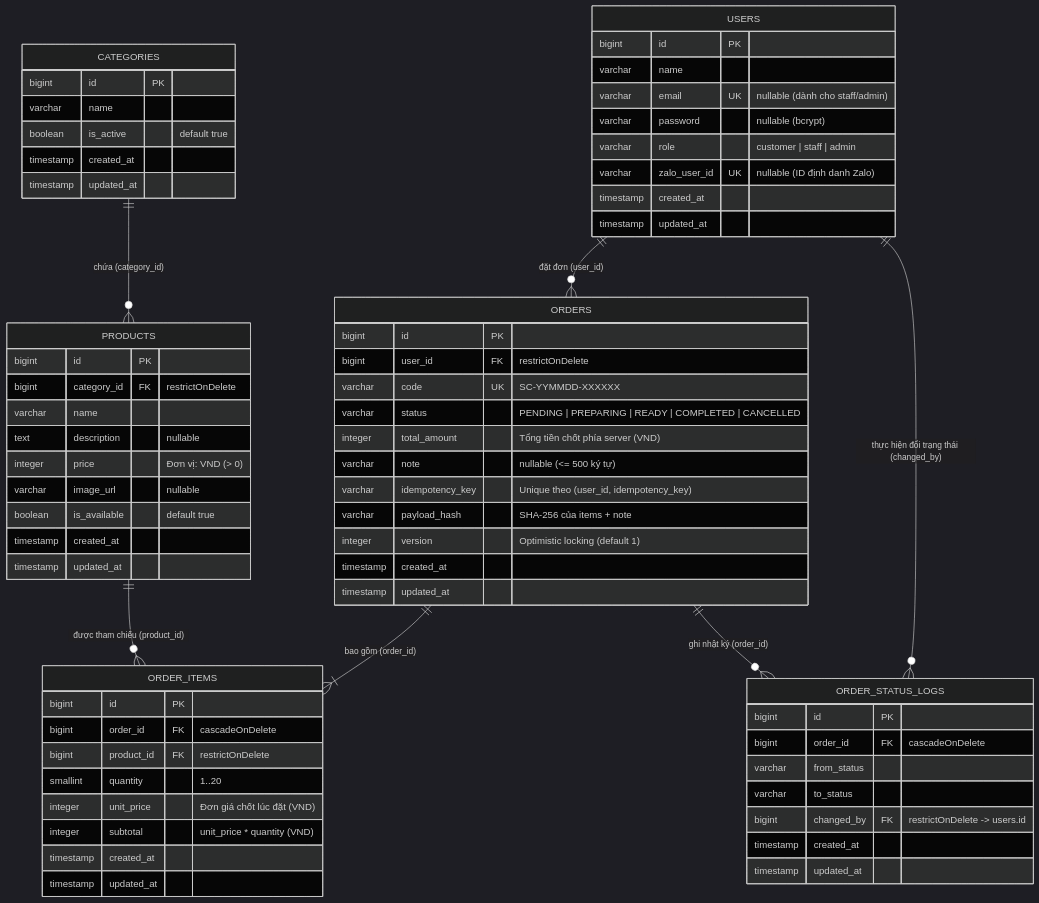
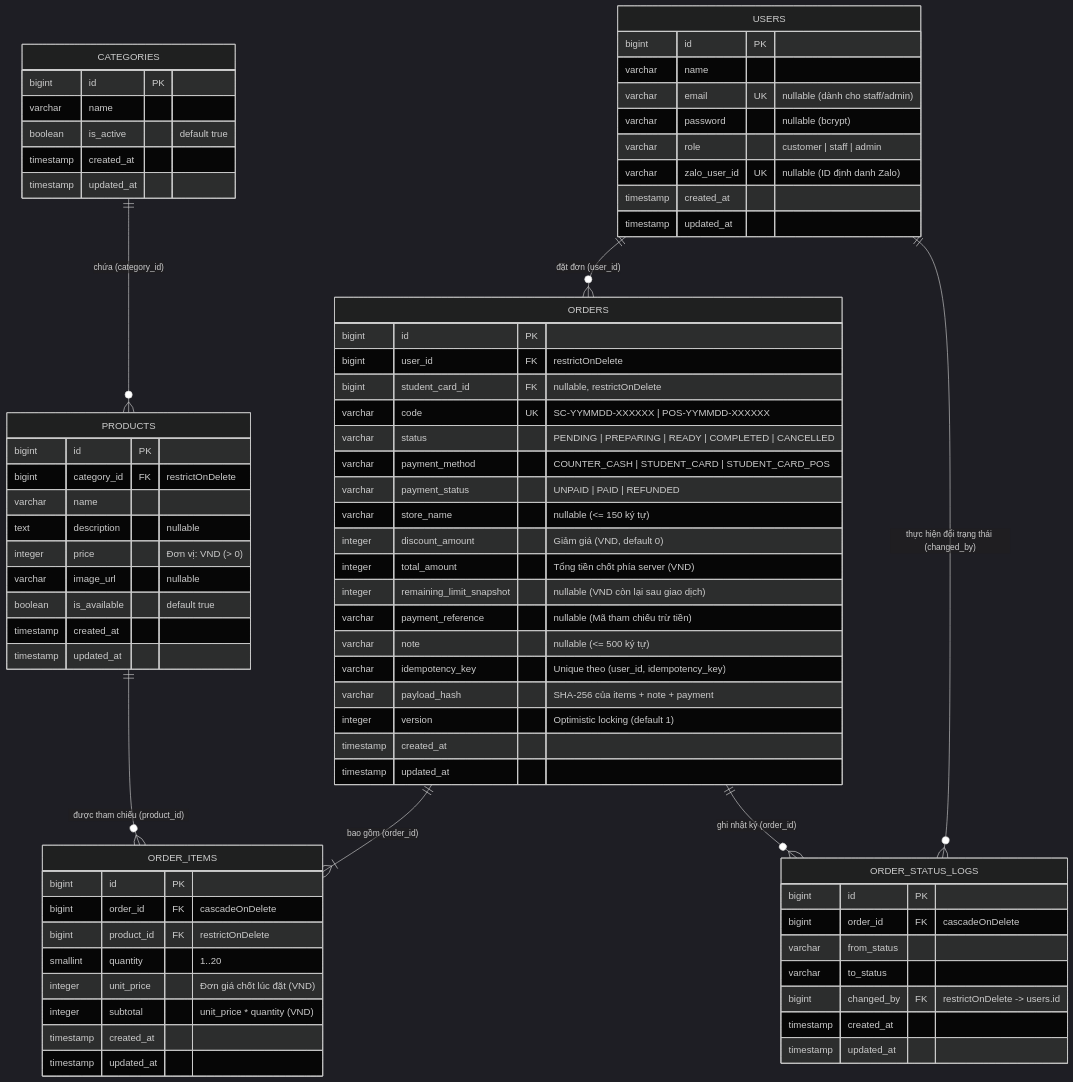
One commit to HoangKhang5207/SmartCanteen changed the diagram in docs/database.md. Above: the diagram before and after it, drawn with Mermaid (dark theme). The commit also changed other lines of this file and 4 other files, not shown here.

Commit message:
docs(canteen): add Slice D3 spec, plan, API contract, database ERD, and project state

````diff
--- a/docs/database.md
+++ b/docs/database.md
@@ -13,75 +13,82 @@
 ```mermaid
 erDiagram
     USERS ||--o{ ORDERS : "đặt đơn (user_id)"
     USERS ||--o{ ORDER_STATUS_LOGS : "thực hiện đổi trạng thái (changed_by)"
     CATEGORIES ||--o{ PRODUCTS : "chứa (category_id)"
     ORDERS ||--|{ ORDER_ITEMS : "bao gồm (order_id)"
     PRODUCTS ||--o{ ORDER_ITEMS : "được tham chiếu (product_id)"
     ORDERS ||--o{ ORDER_STATUS_LOGS : "ghi nhật ký (order_id)"
 
     USERS {
         bigint id PK
         varchar name
         varchar email UK "nullable (dành cho staff/admin)"
         varchar password "nullable (bcrypt)"
         varchar role "customer | staff | admin"
         varchar zalo_user_id UK "nullable (ID định danh Zalo)"
         timestamp created_at
         timestamp updated_at
     }
 
     CATEGORIES {
         bigint id PK
         varchar name
         boolean is_active "default true"
         timestamp created_at
         timestamp updated_at
     }
 
     PRODUCTS {
         bigint id PK
         bigint category_id FK "restrictOnDelete"
         varchar name
         text description "nullable"
         integer price "Đơn vị: VND (> 0)"
         varchar image_url "nullable"
         boolean is_available "default true"
         timestamp created_at
         timestamp updated_at
     }
 
     ORDERS {
         bigint id PK
         bigint user_id FK "restrictOnDelete"
-        varchar code UK "SC-YYMMDD-XXXXXX"
+        bigint student_card_id FK "nullable, restrictOnDelete"
+        varchar code UK "SC-YYMMDD-XXXXXX | POS-YYMMDD-XXXXXX"
         varchar status "PENDING | PREPARING | READY | COMPLETED | CANCELLED"
+        varchar payment_method "COUNTER_CASH | STUDENT_CARD | STUDENT_CARD_POS"
+        varchar payment_status "UNPAID | PAID | REFUNDED"
+        varchar store_name "nullable (<= 150 ký tự)"
+        integer discount_amount "Giảm giá (VND, default 0)"
         integer total_amount "Tổng tiền chốt phía server (VND)"
+        integer remaining_limit_snapshot "nullable (VND còn lại sau giao dịch)"
+        varchar payment_reference "nullable (Mã tham chiếu trừ tiền)"
         varchar note "nullable (<= 500 ký tự)"
         varchar idempotency_key "Unique theo (user_id, idempotency_key)"
-        varchar payload_hash "SHA-256 của items + note"
+        varchar payload_hash "SHA-256 của items + note + payment"
         integer version "Optimistic locking (default 1)"
         timestamp created_at
         timestamp updated_at
     }
 
     ORDER_ITEMS {
         bigint id PK
         bigint order_id FK "cascadeOnDelete"
         bigint product_id FK "restrictOnDelete"
         smallint quantity "1..20"
         integer unit_price "Đơn giá chốt lúc đặt (VND)"
         integer subtotal "unit_price * quantity (VND)"
         timestamp created_at
         timestamp updated_at
     }
 
     ORDER_STATUS_LOGS {
         bigint id PK
         bigint order_id FK "cascadeOnDelete"
         varchar from_status
         varchar to_status
         bigint changed_by FK "restrictOnDelete -> users.id"
         timestamp created_at
         timestamp updated_at
     }
 ```
````
